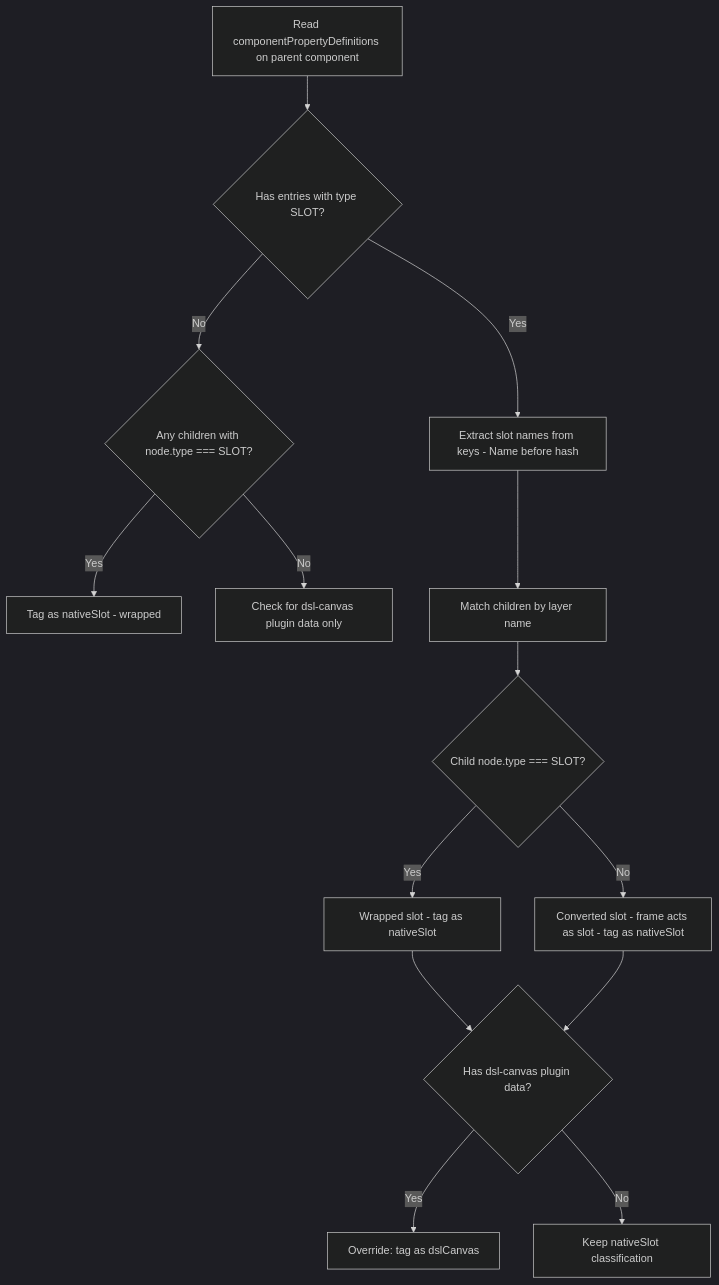
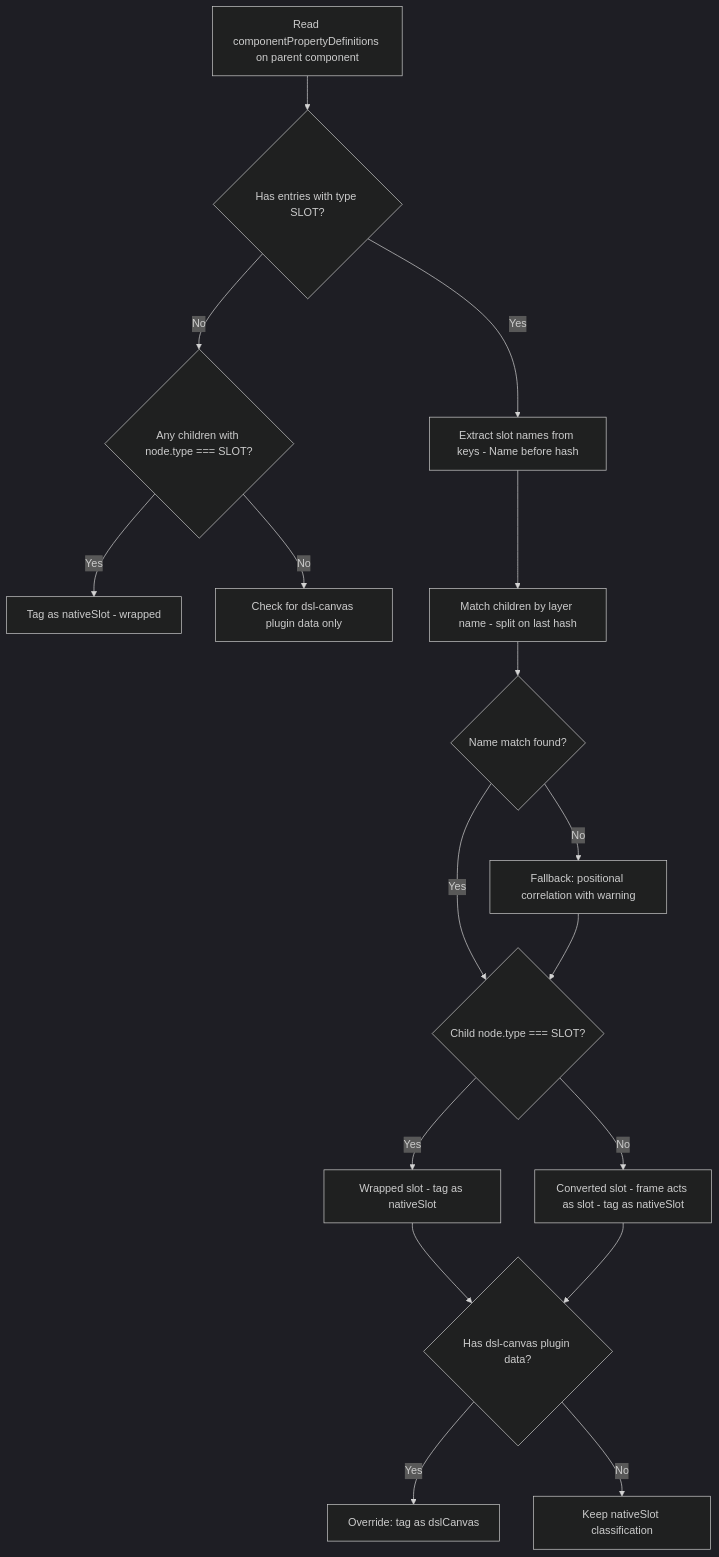
Before and after one commit to TETRA2000/figma-component-dsl: the fourth of 5 diagrams in .kiro/specs/canvas-component/design.md, drawn with Mermaid (dark theme). The commit also changed other lines of this file and 2 other files, not shown here.

First line of the commit message:
Apply design review suggestions: known limitations, fallback parsing, abort support

````diff
--- a/.kiro/specs/canvas-component/design.md
+++ b/.kiro/specs/canvas-component/design.md
@@ -154,16 +158,19 @@
 ```mermaid
 flowchart TD
     A[Read componentPropertyDefinitions on parent component] --> B{Has entries with type SLOT?}
     B -->|No| C{Any children with node.type === SLOT?}
     C -->|Yes| D[Tag as nativeSlot - wrapped]
     C -->|No| E[Check for dsl-canvas plugin data only]
     B -->|Yes| F[Extract slot names from keys - Name before hash]
-    F --> G[Match children by layer name]
-    G --> H{Child node.type === SLOT?}
+    F --> G[Match children by layer name - split on last hash]
+    G --> G2{Name match found?}
+    G2 -->|Yes| H{Child node.type === SLOT?}
+    G2 -->|No| G3[Fallback: positional correlation with warning]
+    G3 --> H
     H -->|Yes| I[Wrapped slot - tag as nativeSlot]
     H -->|No| J[Converted slot - frame acts as slot - tag as nativeSlot]
     I --> K{Has dsl-canvas plugin data?}
     J --> K
     K -->|Yes| L[Override: tag as dslCanvas]
     K -->|No| M[Keep nativeSlot classification]
 ```
````
